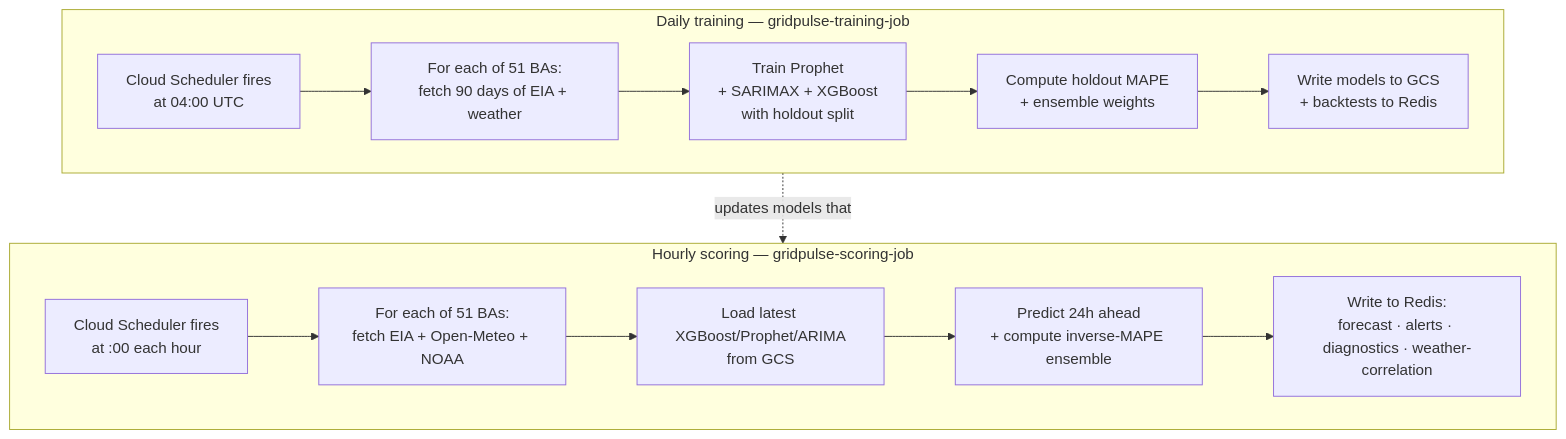
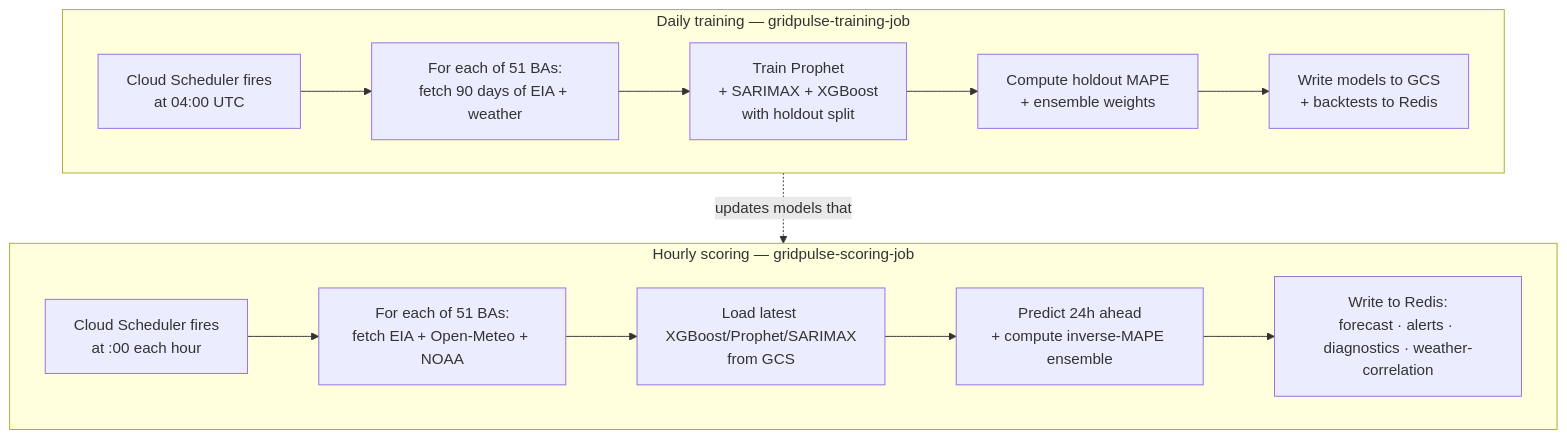
Before and after one commit to kristenmartino/gridpulse: the third of 5 diagrams in docs/HOW_IT_WORKS.md, drawn with Mermaid. The commit also changed other lines of this file and 11 other files, not shown here.

````diff
--- a/docs/HOW_IT_WORKS.md
+++ b/docs/HOW_IT_WORKS.md
@@ -109,22 +109,22 @@
 ```mermaid
 flowchart TB
     subgraph Hourly["Hourly scoring — gridpulse-scoring-job"]
         H1[Cloud Scheduler fires<br/>at :00 each hour]
         H2[For each of 51 BAs:<br/>fetch EIA + Open-Meteo + NOAA]
-        H3[Load latest XGBoost/Prophet/ARIMA<br/>from GCS]
+        H3[Load latest XGBoost/Prophet/SARIMAX<br/>from GCS]
         H4[Predict 24h ahead<br/>+ compute inverse-MAPE ensemble]
         H5[Write to Redis:<br/>forecast · alerts · diagnostics · weather-correlation]
         H1 --> H2 --> H3 --> H4 --> H5
     end
 
     subgraph Daily["Daily training — gridpulse-training-job"]
         D1[Cloud Scheduler fires<br/>at 04:00 UTC]
         D2[For each of 51 BAs:<br/>fetch 90 days of EIA + weather]
         D3[Train Prophet<br/>+ SARIMAX + XGBoost<br/>with holdout split]
         D4[Compute holdout MAPE<br/>+ ensemble weights]
         D5[Write models to GCS<br/>+ backtests to Redis]
         D1 --> D2 --> D3 --> D4 --> D5
     end
 
     Daily -. updates models that .-> Hourly
 ```
````
